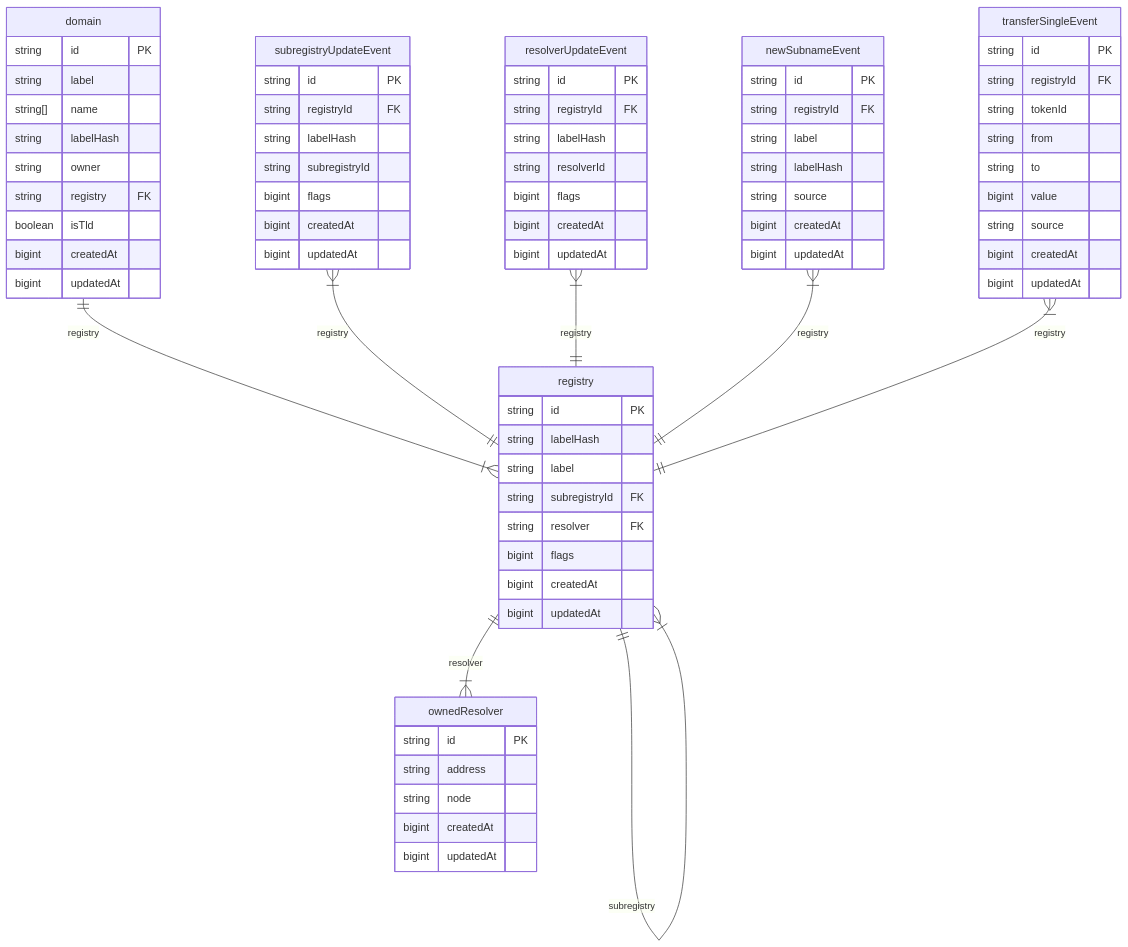
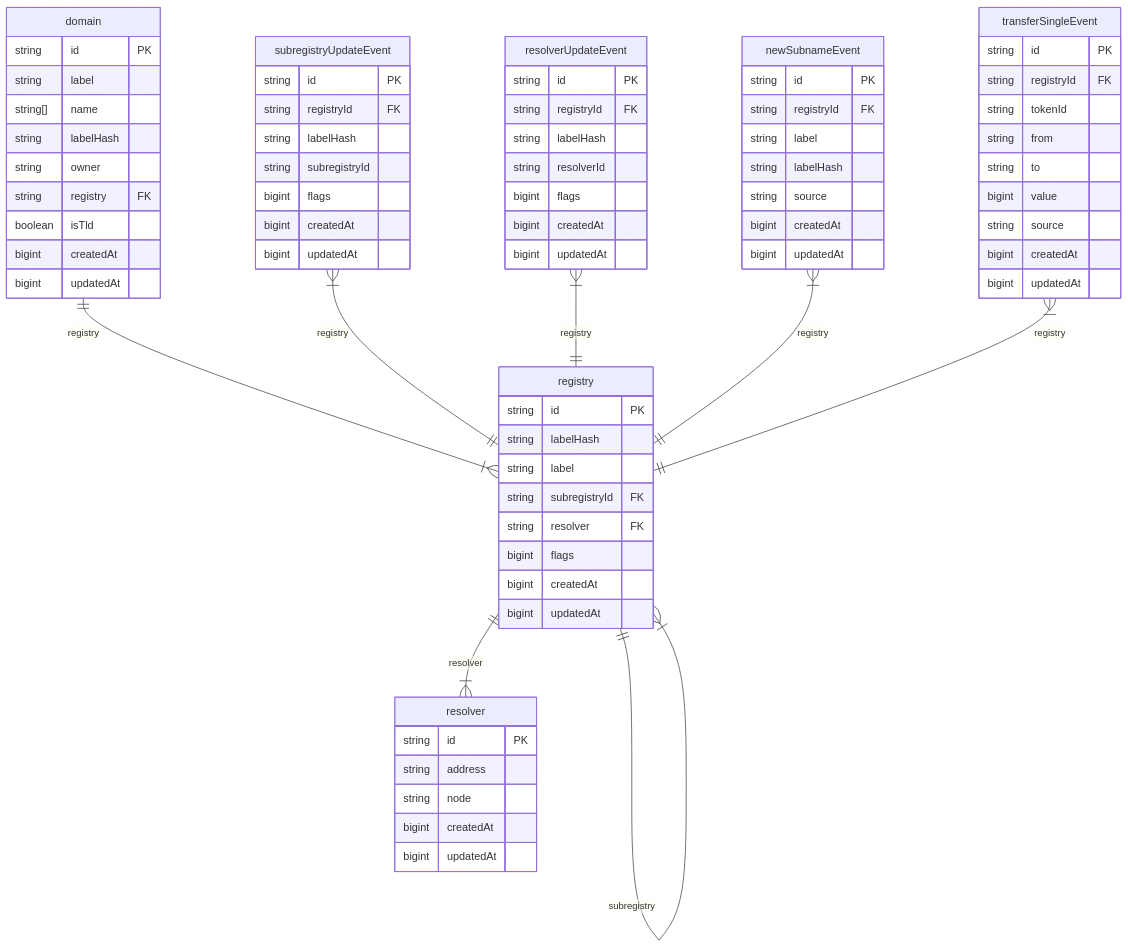
The diagram in README.md (ensdomains/ens-ponder), drawn with Mermaid before and after one commit. The commit also changed other lines of this file and 2 other files, not shown here.

Commit message:
Rename from ownedResolver to Resolver

```diff
--- a/README.md
+++ b/README.md
@@ -85,7 +85,7 @@
         bigint updatedAt
     }
 
-    ownedResolver {
+    resolver {
         string id PK
         string address
         string node
@@ -107,7 +107,7 @@
 
     domain ||--|{ registry : "registry"
     registry ||--|{ registry : "subregistry"
-    registry ||--|{ ownedResolver : "resolver"
+    registry ||--|{ resolver : "resolver"
     subregistryUpdateEvent }|--|| registry : "registry"
     resolverUpdateEvent }|--|| registry : "registry"
     newSubnameEvent }|--|| registry : "registry"
```
